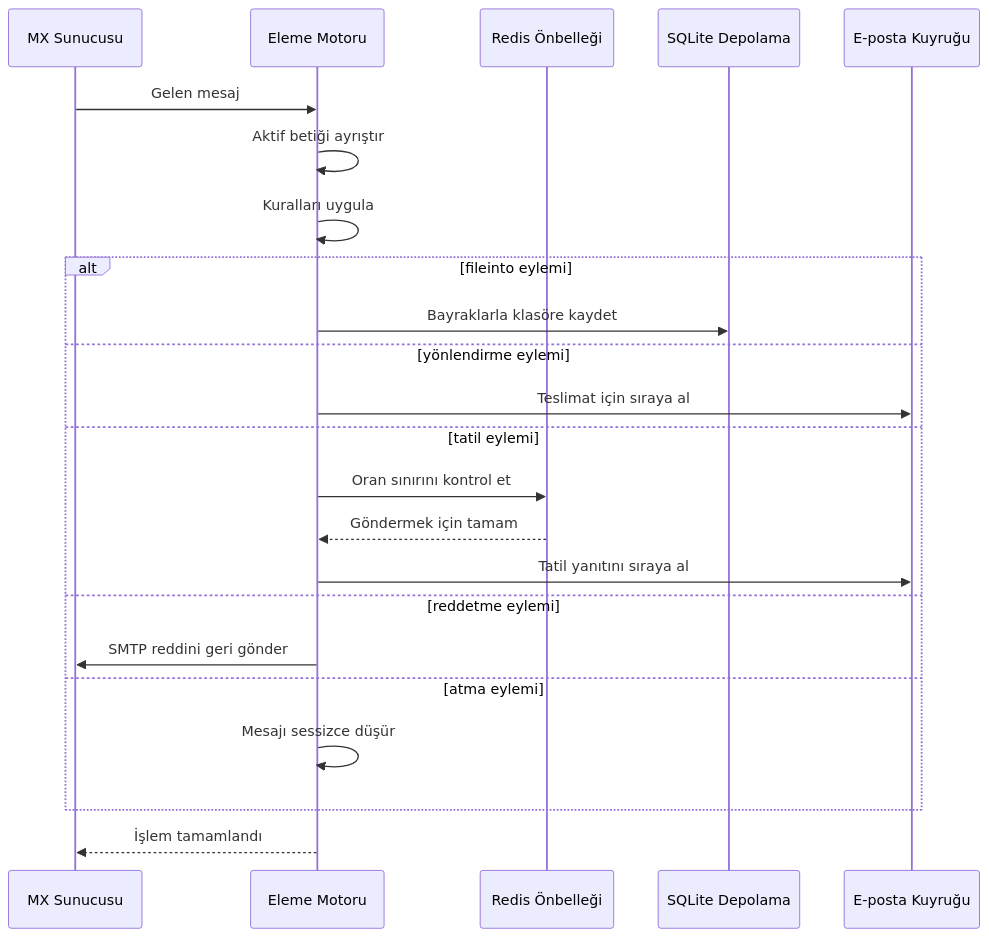
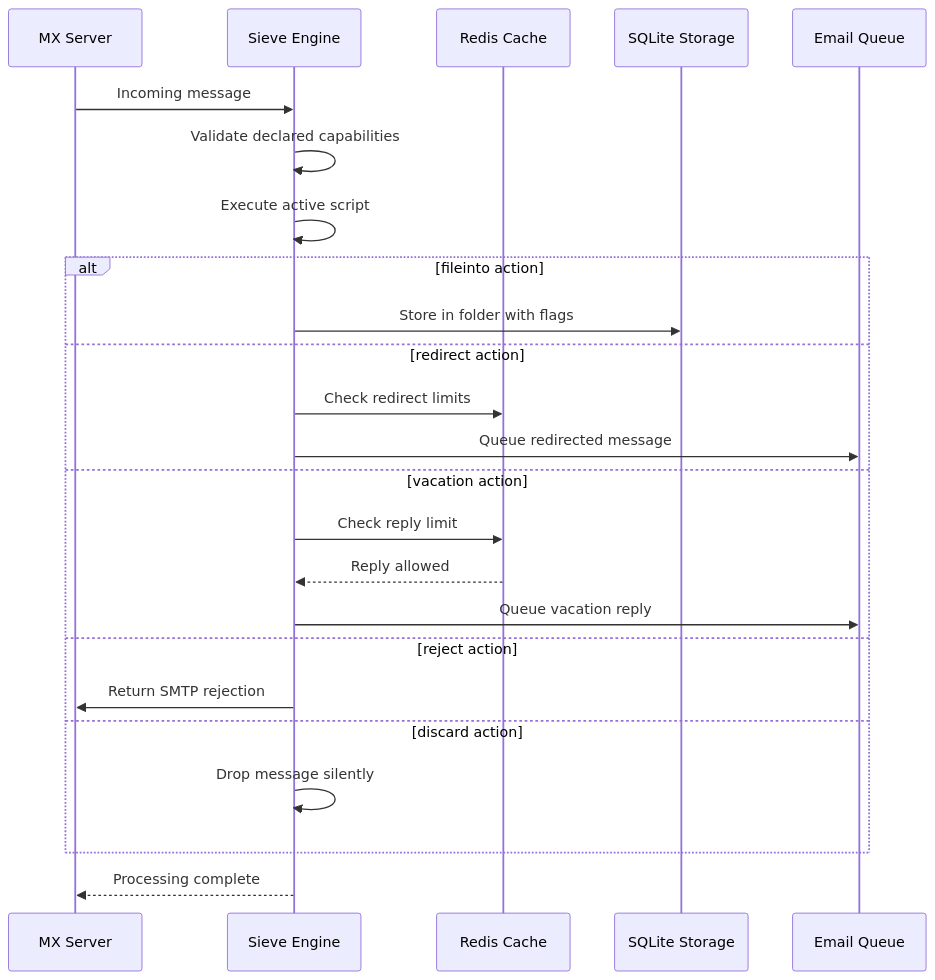
The ninth of 16 diagrams in app/views/docs/email-protocols-rfc-compliance-imap-smtp-pop3-comparison/index-tr.md (forwardemail/forwardemail.net), drawn with Mermaid before and after one commit. The commit also changed other lines of this file and 87 other files, not shown here.

````diff
--- a/app/views/docs/email-protocols-rfc-compliance-imap-smtp-pop3-comparison/index-tr.md
+++ b/app/views/docs/email-protocols-rfc-compliance-imap-smtp-pop3-comparison/index-tr.md
@@ -1169,28 +1168,29 @@
 ```mermaid
 sequenceDiagram
-    participant MX as MX Sunucusu
-    participant Sieve as Eleme Motoru
-    participant Redis as Redis Önbelleği
-    participant SQLite as SQLite Depolama
-    participant Queue as E-posta Kuyruğu
+    participant MX as MX Server
+    participant Sieve as Sieve Engine
+    participant Redis as Redis Cache
+    participant SQLite as SQLite Storage
+    participant Queue as Email Queue
 
-    MX->>Sieve: Gelen mesaj
-    Sieve->>Sieve: Aktif betiği ayrıştır
-    Sieve->>Sieve: Kuralları uygula
+    MX->>Sieve: Incoming message
+    Sieve->>Sieve: Validate declared capabilities
+    Sieve->>Sieve: Execute active script
 
-    alt fileinto eylemi
-        Sieve->>SQLite: Bayraklarla klasöre kaydet
-    else yönlendirme eylemi
-        Sieve->>Queue: Teslimat için sıraya al
-    else tatil eylemi
-        Sieve->>Redis: Oran sınırını kontrol et
-        Redis-->>Sieve: Göndermek için tamam
-        Sieve->>Queue: Tatil yanıtını sıraya al
-    else reddetme eylemi
-        Sieve->>MX: SMTP reddini geri gönder
-    else atma eylemi
-        Sieve->>Sieve: Mesajı sessizce düşür
+    alt fileinto action
+        Sieve->>SQLite: Store in folder with flags
+    else redirect action
+        Sieve->>Redis: Check redirect limits
+        Sieve->>Queue: Queue redirected message
+    else vacation action
+        Sieve->>Redis: Check reply limit
+        Redis-->>Sieve: Reply allowed
+        Sieve->>Queue: Queue vacation reply
+    else reject action
+        Sieve->>MX: Return SMTP rejection
+    else discard action
+        Sieve->>Sieve: Drop message silently
     end
 
-    Sieve-->>MX: İşlem tamamlandı
+    Sieve-->>MX: Processing complete
 ```
````
